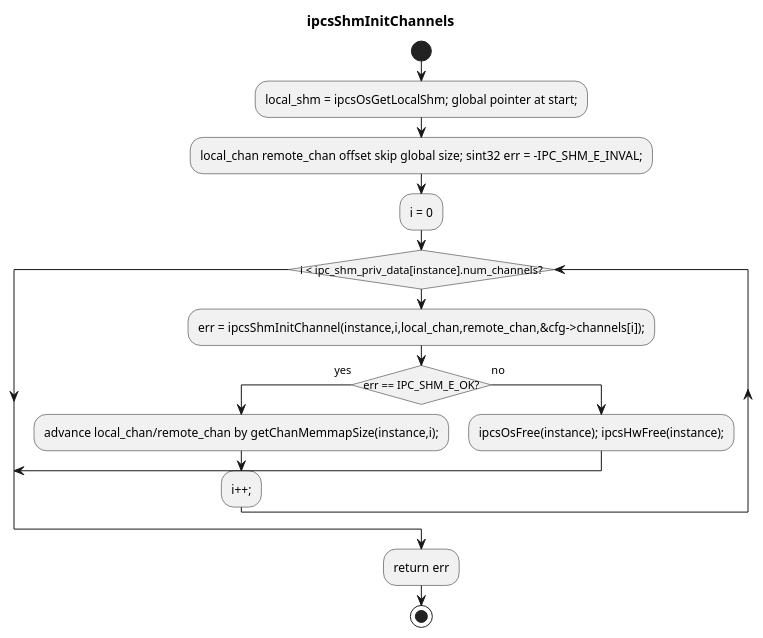
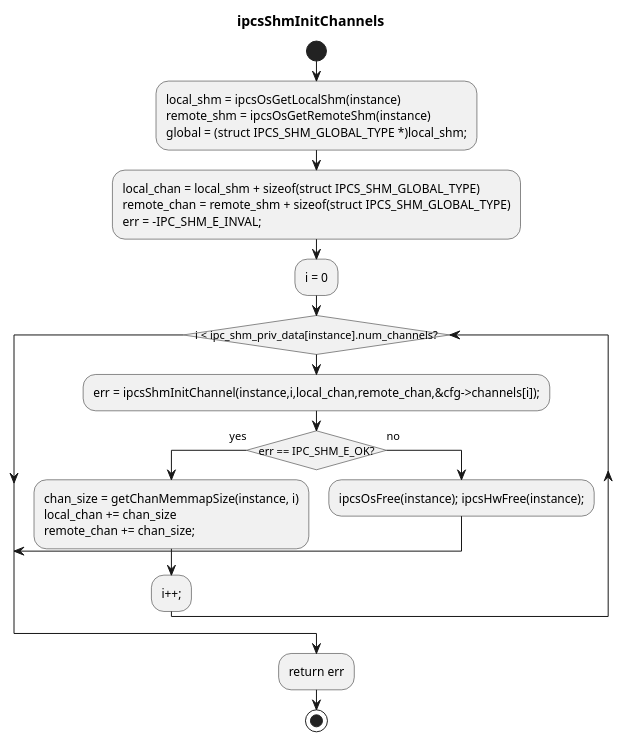
The diagram in c1_sdd_linux-ipcs/cursor_tmp/flow_umls/3_4_20.puml (Mastang1/sad_sdd_proj), drawn with PlantUML before and after one commit. The commit also changed 136 other files, not shown here.

```diff
--- a/c1_sdd_linux-ipcs/cursor_tmp/flow_umls/3_4_20.puml
+++ b/c1_sdd_linux-ipcs/cursor_tmp/flow_umls/3_4_20.puml
@@ -1,22 +1,28 @@
 @startuml
 !pragma layout smetana
 skinparam conditionStyle insideDiamond
 skinparam linetype ortho
 title ipcsShmInitChannels
 start
-:local_shm = ipcsOsGetLocalShm; global pointer at start;;
-:local_chan remote_chan offset skip global size; sint32 err = -IPC_SHM_E_INVAL;;
-:i = 0;
-while (i < ipc_shm_priv_data[instance].num_channels?)
-  :err = ipcsShmInitChannel(instance,i,local_chan,remote_chan,&cfg->channels[i]);;
-  if (err == IPC_SHM_E_OK?) then (yes)
-    :advance local_chan/remote_chan by getChanMemmapSize(instance,i);;
-    :i++;;
-  else (no)
-    :ipcsOsFree(instance); ipcsHwFree(instance);;
-    break
-  endif
-endwhile
-:return err;
-stop
+        :local_shm = ipcsOsGetLocalShm(instance)
+remote_shm = ipcsOsGetRemoteShm(instance)
+global = (struct IPCS_SHM_GLOBAL_TYPE *)local_shm;;
+        :local_chan = local_shm + sizeof(struct IPCS_SHM_GLOBAL_TYPE)
+remote_chan = remote_shm + sizeof(struct IPCS_SHM_GLOBAL_TYPE)
+err = -IPC_SHM_E_INVAL;;
+        :i = 0;
+        while (i < ipc_shm_priv_data[instance].num_channels?)
+          :err = ipcsShmInitChannel(instance,i,local_chan,remote_chan,&cfg->channels[i]);;
+          if (err == IPC_SHM_E_OK?) then (yes)
+            :chan_size = getChanMemmapSize(instance, i)
+local_chan += chan_size
+remote_chan += chan_size;;
+            :i++;;
+          else (no)
+            :ipcsOsFree(instance); ipcsHwFree(instance);;
+            break
+          endif
+        endwhile
+        :return err;
+        stop
 @enduml
```
